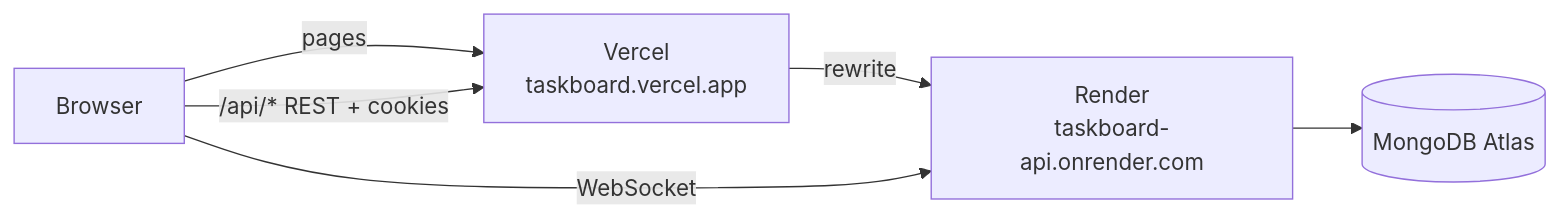
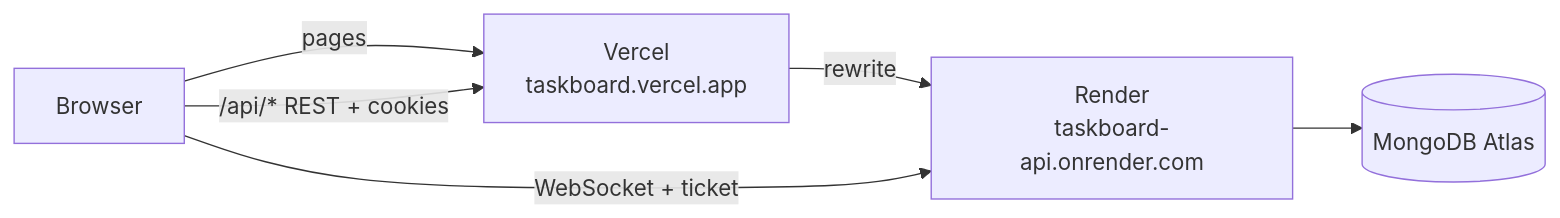
Before and after one commit to vkushal-28/taskboard: the diagram in docs/DEPLOY.md, drawn with Mermaid. The commit also changed other lines of this file, not shown here.

````diff
--- a/docs/DEPLOY.md
+++ b/docs/DEPLOY.md
@@ -8,8 +16,8 @@
 ```mermaid
 flowchart LR
   B[Browser] -->|pages| V[Vercel<br/>taskboard.vercel.app]
   B -->|/api/* REST + cookies| V
   V -->|rewrite| R[Render<br/>taskboard-api.onrender.com]
-  B -->|WebSocket| R
+  B -->|WebSocket + ticket| R
   R --> A[(MongoDB Atlas)]
 ```
````
